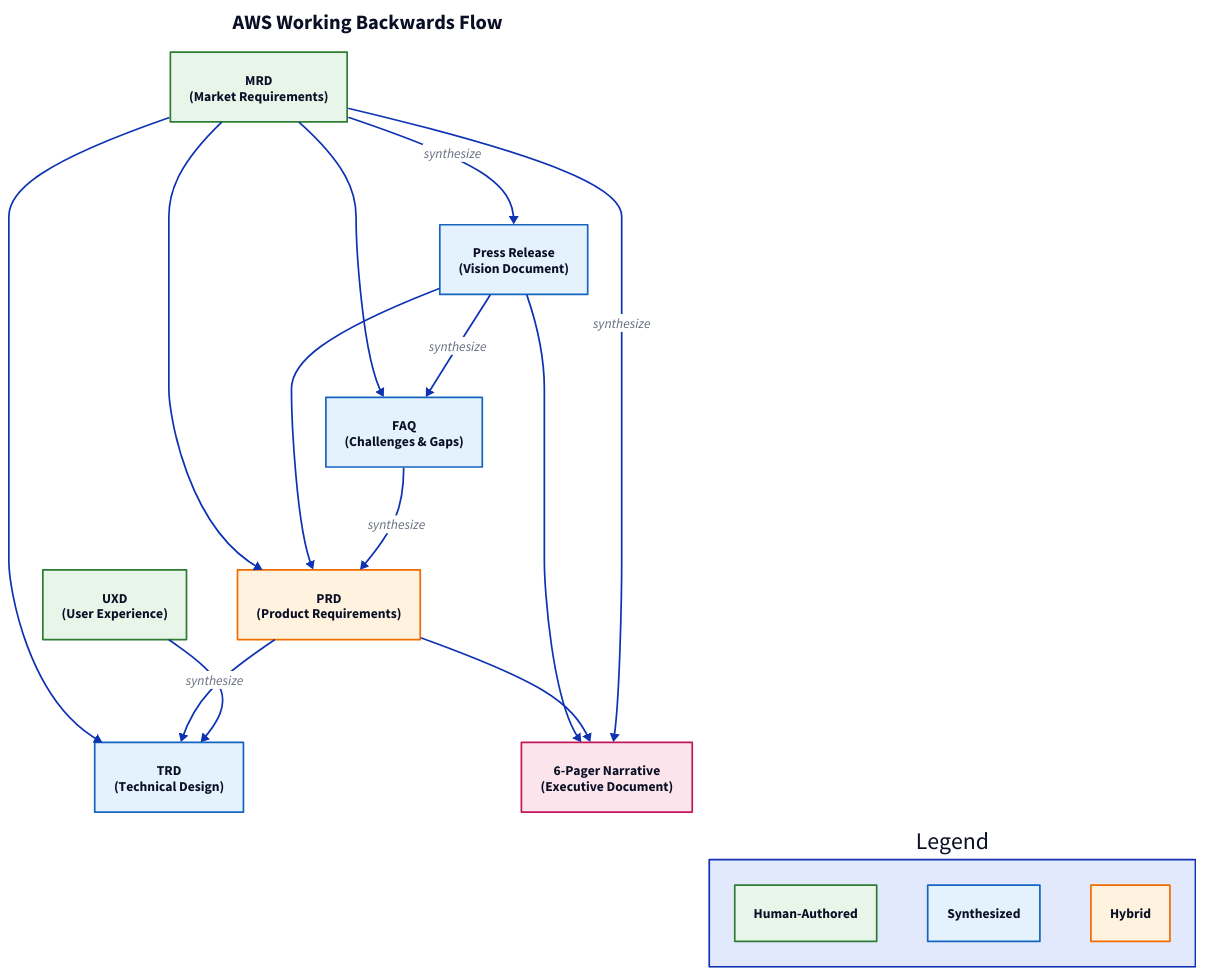
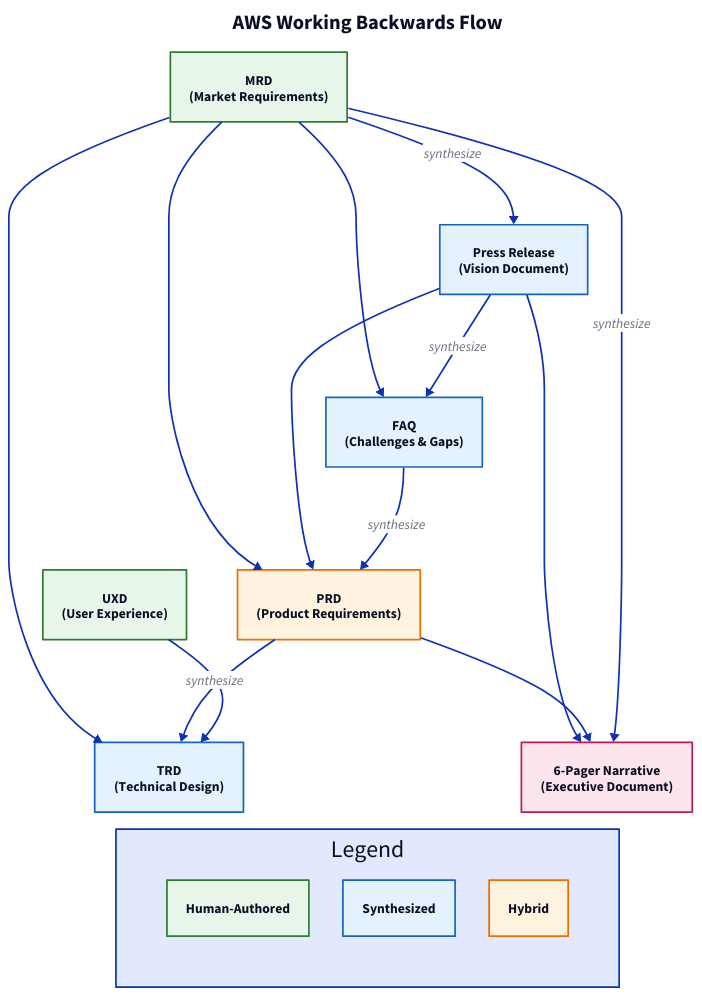
Before and after one commit to plexusone/multispec: the diagram in docs/diagrams/aws-flow.d2, drawn with D2. The commit also changed 7 other files, not shown here.

First line of the commit message:
fix(diagrams): correct legend positioning to bottom-center

```diff
--- a/docs/diagrams/aws-flow.d2
+++ b/docs/diagrams/aws-flow.d2
@@ -1,105 +1,107 @@
 # AWS Working Backwards Flow
 # Layout: ELK
 
 direction: down
 
 title: {
   label: AWS Working Backwards Flow
   near: top-center
   shape: text
   style.font-size: 24
   style.bold: true
 }
 
 # Specs
 mrd: {
   label: MRD\n(Market Requirements)
   shape: rectangle
   style.fill: "#e8f5e9"
   style.stroke: "#2e7d32"
 }
 
 press: {
   label: Press Release\n(Vision Document)
   shape: rectangle
   style.fill: "#e3f2fd"
   style.stroke: "#1565c0"
 }
 
 faq: {
   label: FAQ\n(Challenges & Gaps)
   shape: rectangle
   style.fill: "#e3f2fd"
   style.stroke: "#1565c0"
 }
 
 prd: {
   label: PRD\n(Product Requirements)
   shape: rectangle
   style.fill: "#fff3e0"
   style.stroke: "#ef6c00"
 }
 
 uxd: {
   label: UXD\n(User Experience)
   shape: rectangle
   style.fill: "#e8f5e9"
   style.stroke: "#2e7d32"
 }
 
 trd: {
   label: TRD\n(Technical Design)
   shape: rectangle
   style.fill: "#e3f2fd"
   style.stroke: "#1565c0"
 }
 
 narrative: {
   label: 6-Pager Narrative\n(Executive Document)
   shape: rectangle
   style.fill: "#fce4ec"
   style.stroke: "#c2185b"
 }
 
 # Flow
 mrd -> press: synthesize
 press -> faq: synthesize
 mrd -> faq
 faq -> prd: synthesize
 press -> prd
 mrd -> prd
 
 uxd -> trd
 prd -> trd: synthesize
 mrd -> trd
 
 mrd -> narrative: synthesize
 prd -> narrative
 press -> narrative
 
-# Legend
+# Legend - positioned below diagram
 legend: {
   label: Legend
-  near: bottom-right
+  near: bottom-center
+
+  grid-columns: 3
 
   human: {
     label: Human-Authored
     shape: rectangle
     style.fill: "#e8f5e9"
     style.stroke: "#2e7d32"
   }
 
   synth: {
     label: Synthesized
     shape: rectangle
     style.fill: "#e3f2fd"
     style.stroke: "#1565c0"
   }
 
   hybrid: {
     label: Hybrid
     shape: rectangle
     style.fill: "#fff3e0"
     style.stroke: "#ef6c00"
   }
 }
```
